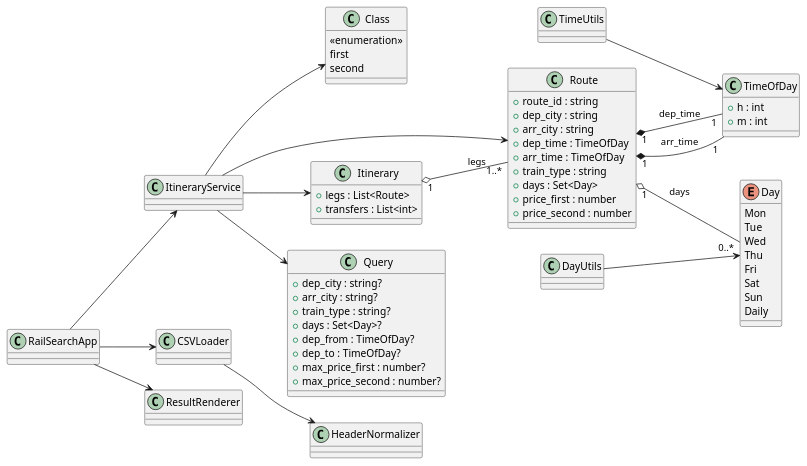
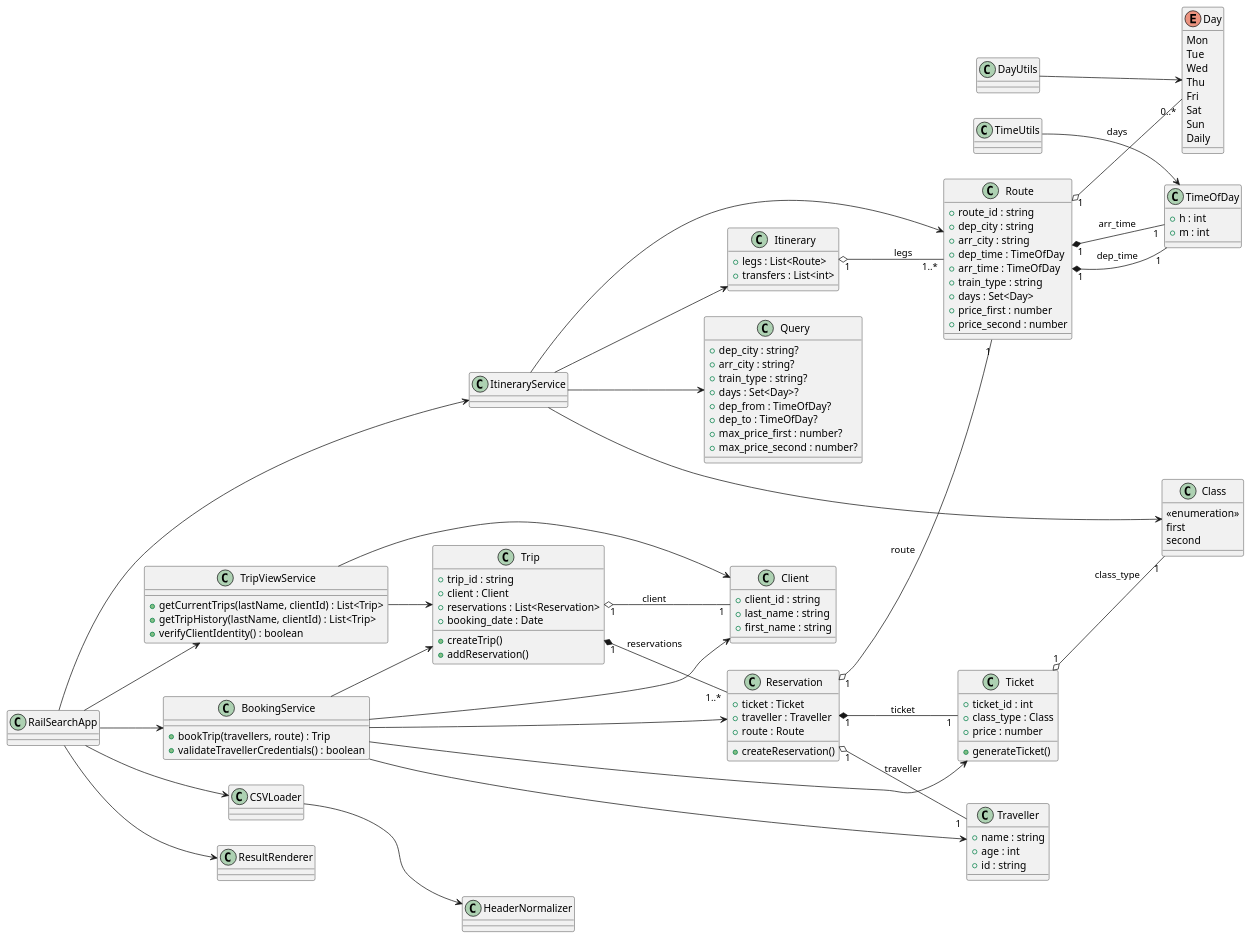
The diagram in docs/PlantUMLCode/domain.puml (nicolas-zampieri/SOEN342), drawn with PlantUML before and after one commit. The commit also changed 2 other files, not shown here.

Commit message:
Add booking domain classes to UML diagrams
Expanded classDiagram.puml and domain.puml to include booking-related classes such as Trip, Reservation, Ticket, Passenger/Traveller, BookingSystem, and related associations. Updated use_case_diagram.png to reflect these changes. This enhances documentation for the booking functionality in the system.

```diff
--- a/docs/PlantUMLCode/domain.puml
+++ b/docs/PlantUMLCode/domain.puml
@@ -1,77 +1,139 @@
 @startuml DomainModel
 left to right direction
 
 enum Day {
   Mon
   Tue
   Wed
   Thu
   Fri
   Sat
   Sun
   Daily
 }
 
 class Class {
   <<enumeration>>
   first
   second
 }
 
 class TimeOfDay {
   +h : int
   +m : int
 }
 
 class Route {
   +route_id : string
   +dep_city : string
   +arr_city : string
   +dep_time : TimeOfDay
   +arr_time : TimeOfDay
   +train_type : string
   +days : Set<Day>
   +price_first : number
   +price_second : number
 }
 
 class Itinerary {
   +legs : List<Route>
   +transfers : List<int>
 }
 
 class Query {
   +dep_city : string?
   +arr_city : string?
   +train_type : string?
   +days : Set<Day>?
   +dep_from : TimeOfDay?
   +dep_to : TimeOfDay?
   +max_price_first : number?
   +max_price_second : number?
 }
 
+class Client {
+  +client_id : string
+  +last_name : string
+  +first_name : string
+}
+
+class Traveller {
+  +name : string
+  +age : int
+  +id : string
+}
+
+class Trip {
+  +trip_id : string
+  +client : Client
+  +reservations : List<Reservation>
+  +booking_date : Date
+  +createTrip()
+  +addReservation()
+}
+
+class Reservation {
+  +ticket : Ticket
+  +traveller : Traveller
+  +route : Route
+  +createReservation()
+}
+
+class Ticket {
+  +ticket_id : int
+  +class_type : Class
+  +price : number
+  +generateTicket()
+}
+
+class BookingService {
+  +bookTrip(travellers, route) : Trip
+  +validateTravellerCredentials() : boolean
+}
+
+class TripViewService {
+  +getCurrentTrips(lastName, clientId) : List<Trip>
+  +getTripHistory(lastName, clientId) : List<Trip>
+  +verifyClientIdentity() : boolean
+}
+
 class ItineraryService
 class DayUtils
 class TimeUtils
 class CSVLoader
 class HeaderNormalizer
 class ResultRenderer
 class RailSearchApp
 
 Itinerary "1" o-- "1..*" Route : legs
 Route "1" *-- "1" TimeOfDay : dep_time
 Route "1" *-- "1" TimeOfDay : arr_time
 Route "1" o-- "0..*" Day : days
 
+Trip "1" *-- "1..*" Reservation : reservations
+Trip "1" o-- "1" Client : client
+Reservation "1" *-- "1" Ticket : ticket
+Reservation "1" o-- "1" Traveller : traveller
+Reservation "1" o-- "1" Route : route
+Ticket "1" o-- "1" Class : class_type
+
 CSVLoader --> HeaderNormalizer
 RailSearchApp --> CSVLoader
 RailSearchApp --> ResultRenderer
 RailSearchApp --> ItineraryService
+RailSearchApp --> BookingService
+RailSearchApp --> TripViewService
 ItineraryService --> Route
 ItineraryService --> Itinerary
 ItineraryService --> Query
 ItineraryService --> Class
+BookingService --> Trip
+BookingService --> Reservation
+BookingService --> Ticket
+BookingService --> Client
+BookingService --> Traveller
+TripViewService --> Trip
+TripViewService --> Client
 DayUtils --> Day
 TimeUtils --> TimeOfDay
 @enduml
```
